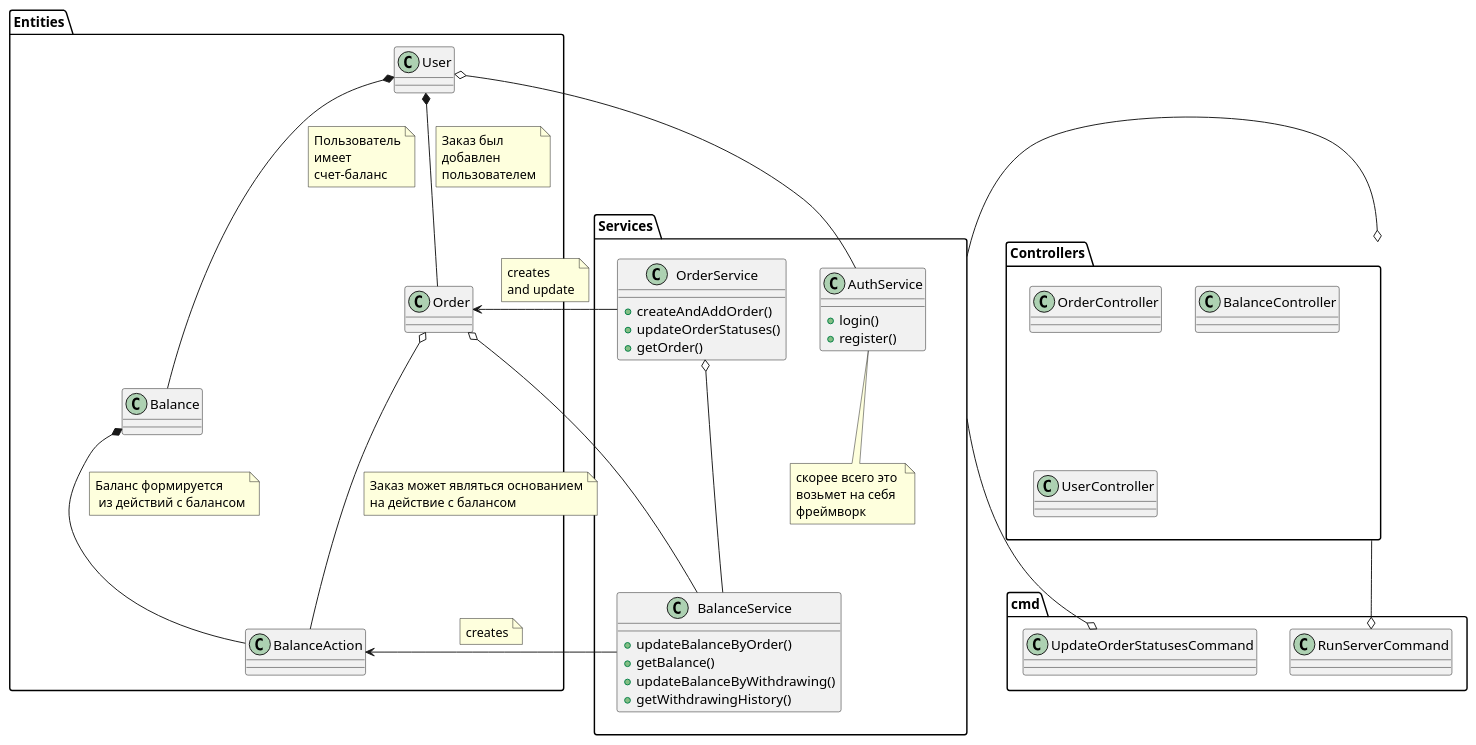
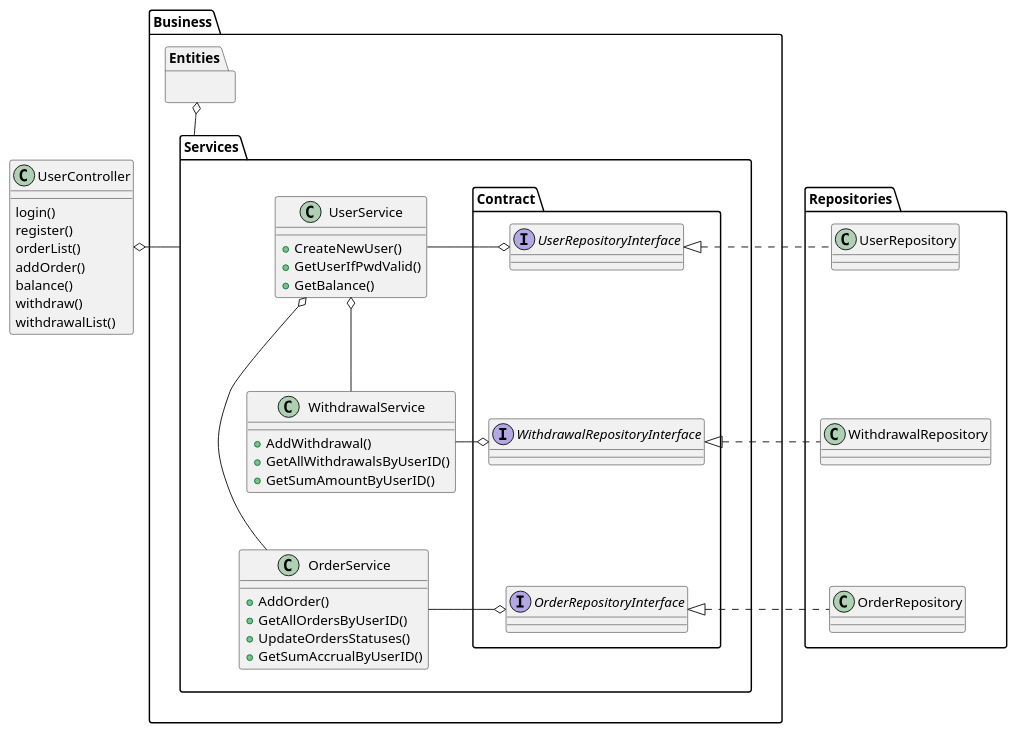
The third of 3 diagrams in DRAFT.md (smamykin/gofermart), drawn with PlantUML before and after one commit. The commit also changed other lines of this file and 1 other file, not shown here.

Commit message:
8 | актуализация черновика

````diff
--- a/DRAFT.md
+++ b/DRAFT.md
@@ -98,67 +106,73 @@
 ```puml
 @startuml
 
-namespace "Services" as S {
-    
-    class "OrderService" as OS  {
-        + createAndAddOrder()
-        + updateOrderStatuses()
-        + getOrder()
+package "Business" as BL {
+    package "Services" as BL.S{
+        class "OrderService" as BL.S.OS  {
+            + AddOrder()
+            + GetAllOrdersByUserID()
+            + UpdateOrdersStatuses()
+            + GetSumAccrualByUserID()
+        }
+        class "WithdrawalService" as BL.S.WS {
+            + AddWithdrawal()
+            + GetAllWithdrawalsByUserID()
+            + GetSumAmountByUserID()
+        }
+        class "UserService" as BL.S.US {
+            + CreateNewUser()
+            + GetUserIfPwdValid()
+            + GetBalance()
+        }
+        
+        package "Contract" as BL.S.C {
+            interface "OrderRepositoryInterface" as BL.S.C.ORI {}
+            interface "UserRepositoryInterface" as BL.S.C.URI {}
+            interface "WithdrawalRepositoryInterface" as BL.S.C.WRI {}
+            BL.S.C.URI -[hidden]d-> BL.S.C.WRI
+            BL.S.C.WRI -[hidden]-> BL.S.C.ORI
+         }
+         BL.S.US o-- BL.S.WS
+         BL.S.US o--- BL.S.OS
+         
+         BL.S.OS -ro  BL.S.C.ORI
+         BL.S.WS -ro  BL.S.C.WRI
+         BL.S.US -ro  BL.S.C.URI
+         
     }
-    class "BalanceService" as BS {
-        + updateBalanceByOrder()
-        + getBalance()
-        + updateBalanceByWithdrawing()
-        + getWithdrawingHistory()
+    package "Entities" as BL.E {
+'        class "User" as U {}
+'        class "Order" as O {}
+'        class "Withdrawal" as W {}
+'        U *-- O 
+'        note left on link : Заказ был\nдобавлен\nпользователем
+'        U *-- W 
+'        note left on link : Списание было\nдобавлено\nпользователем
     }
-    class "AuthService" as AS {
-        + login()
-        + register()
-    }
-    note bottom of AS 
-        скорее всего это 
-        возьмет на себя
-        фреймворк
-    end note
-     S.OS o--- S.BS
 }
-namespace "Entities" as E {
-    class "User" as U {}
-    class "Order" as O {}
-    class "Balance" as B {}
-    class "BalanceAction" as BA {}
-    E.U *-- E.B 
-    note left  on link : Пользователь\nимеет\nсчет-баланс
-    E.U *-- E.O 
-    note left on link : Заказ был\nдобавлен\nпользователем
-    E.B *-- E.BA 
-    note on link: Баланс формируется\n из действий с балансом
-    E.O o---  E.BA
-    note on link : Заказ может являться основанием\nна действие с балансом 
+class "UserController" as UC {
+    login()
+    register()
+    orderList()
+    addOrder()
+    balance()
+    withdraw()
+    withdrawalList()
 }
-namespace "Controllers" as C {
-    class "OrderController" as OC {}
-    class "BalanceController" as BC {}
-    class "UserController" as UC {}
+
+package "Repositories" as R {
+    class "OrderRepository" as R.OR {}
+    class "UserRepository" as R.UR {}
+    class "WithdrawalRepository" as R.WR {}
+    R.UR -[hidden]-> R.WR
+    R.WR -[hidden]-> R.OR
 }
-namespace cmd {
-    class "UpdateOrderStatusesCommand" as UOSC
-    class "RunServerCommand" as RSC
-}
-E.U o- S.AS 
-E.O <- S.OS 
-note on link : creates \nand update
-E.O o- S.BS
-E.BA <- S.BS
-note on link : creates
 
-'C.UC o- S.AS 
-'C.OC o- S.OS 
-'C.BC o- S.BS 
-C o- S
-
-C ---o cmd.RSC
-S ---o cmd.UOSC
+BL.S -l-o UC
+BL.E o-- BL.S
+BL.S.C.ORI <|. R.OR 
+BL.S.C.URI <|. R.UR 
+BL.S.C.WRI <|. R.WR 
 
 @enduml
 ```
````
